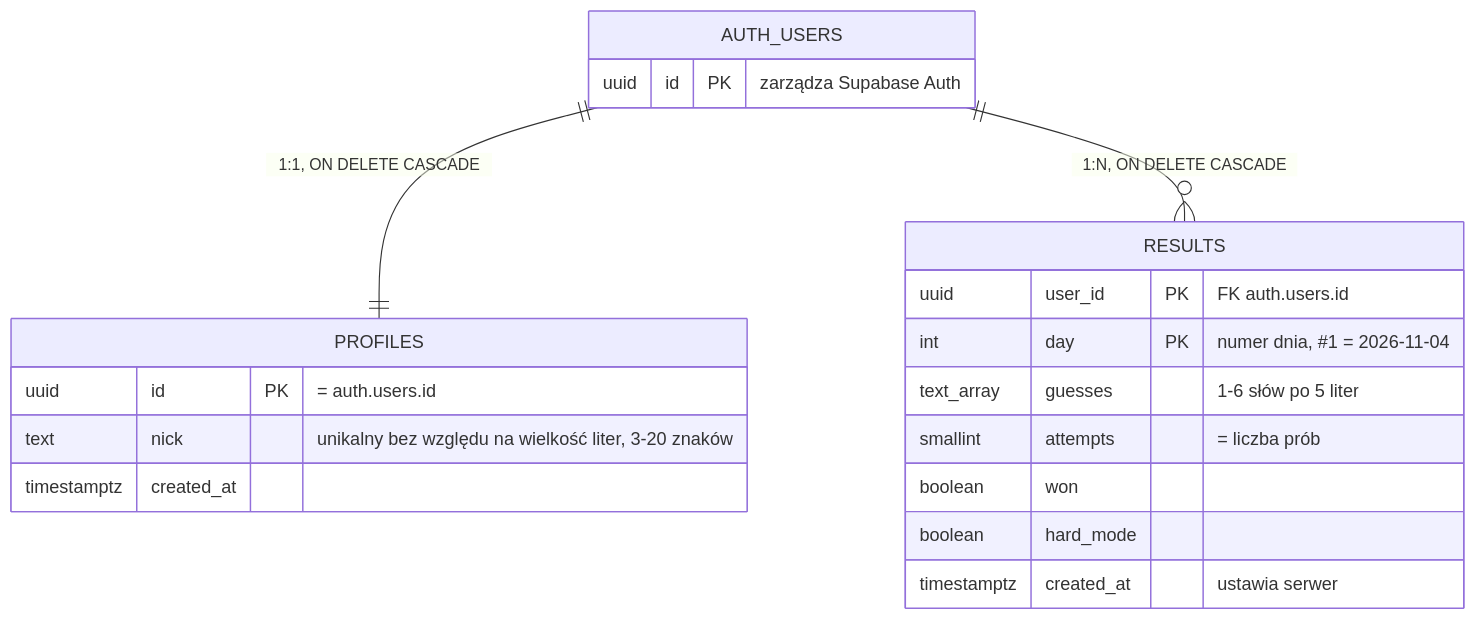
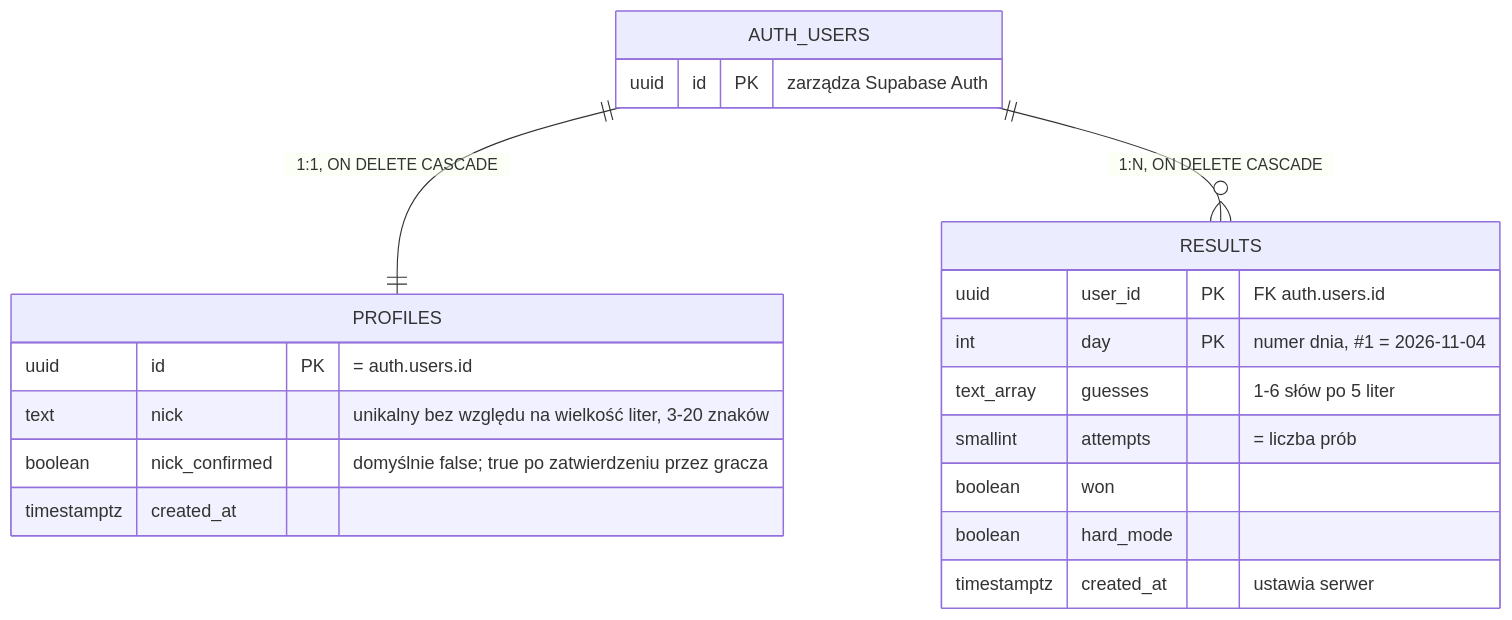
The second of 2 diagrams in docs/backend.md (Qbzomatique/slowik), drawn with Mermaid before and after one commit. The commit also changed other lines of this file, not shown here.

````diff
--- a/docs/backend.md
+++ b/docs/backend.md
@@ -150,22 +160,23 @@
 ```mermaid
 erDiagram
   AUTH_USERS ||--|| PROFILES : "1:1, ON DELETE CASCADE"
   AUTH_USERS ||--o{ RESULTS : "1:N, ON DELETE CASCADE"
   AUTH_USERS {
     uuid id PK "zarządza Supabase Auth"
   }
   PROFILES {
     uuid id PK "= auth.users.id"
     text nick "unikalny bez względu na wielkość liter, 3-20 znaków"
+    boolean nick_confirmed "domyślnie false; true po zatwierdzeniu przez gracza"
     timestamptz created_at
   }
   RESULTS {
     uuid user_id PK "FK auth.users.id"
     int day PK "numer dnia, #1 = 2026-11-04"
     text_array guesses "1-6 słów po 5 liter"
     smallint attempts "= liczba prób"
     boolean won
     boolean hard_mode
     timestamptz created_at "ustawia serwer"
   }
 ```
````
